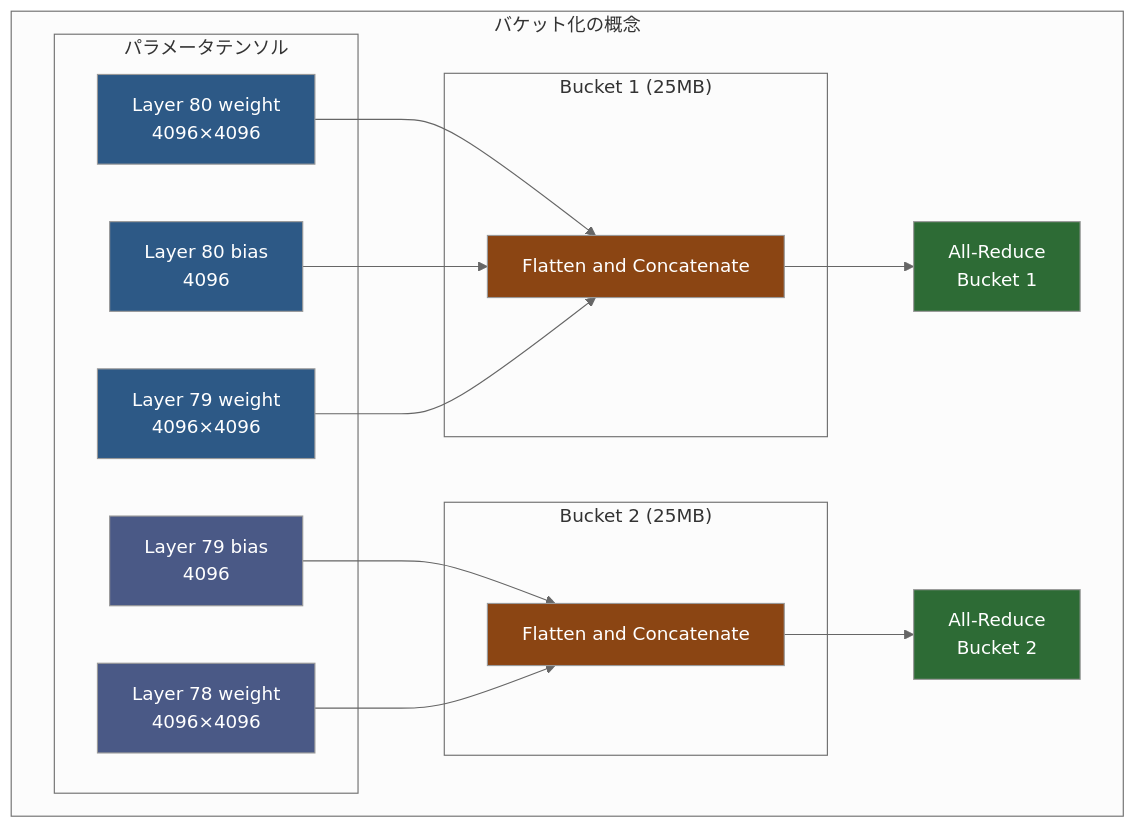
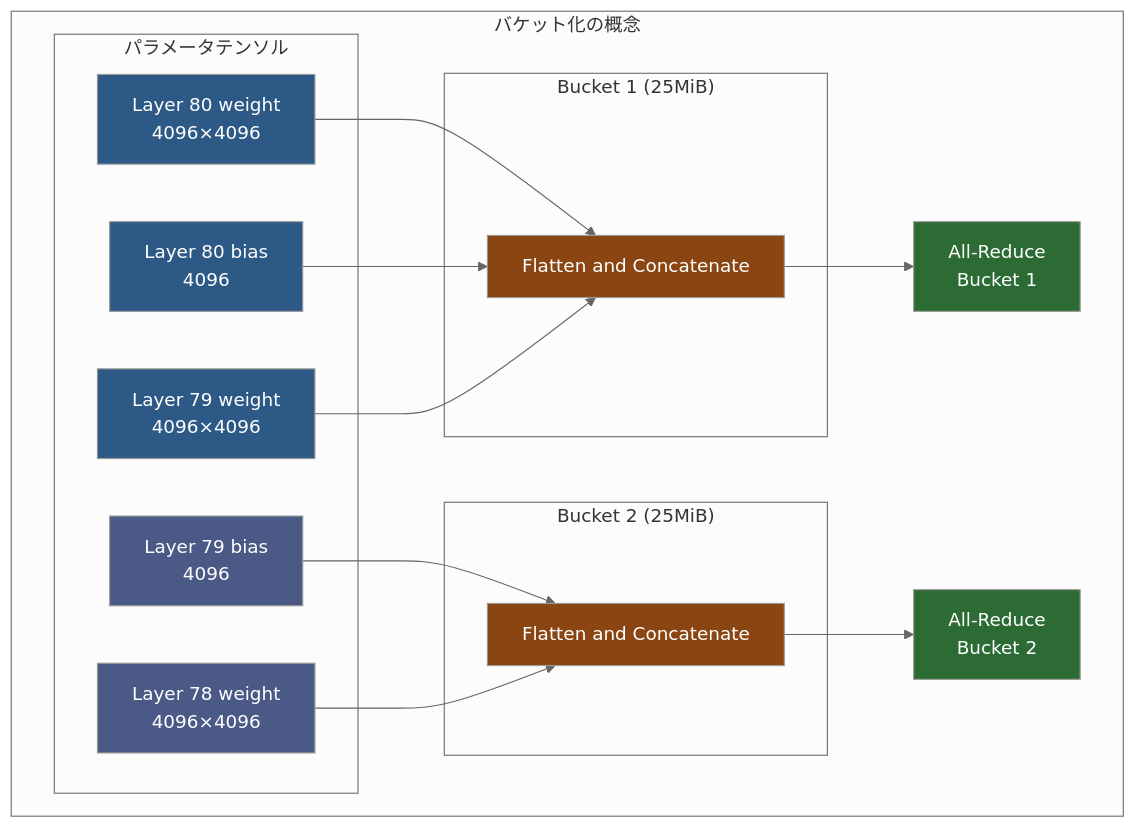
One commit to littlemex/zenn changed the third of 9 diagrams in books/ml-distributed-experiment-collection/amazon-sagemaker-hyperpod-slurm-ddp-on-cpu.md. Above: the diagram before and after it, drawn with Mermaid (neutral theme). The commit also changed other lines of this file and 2 other files, not shown here.

````diff
--- a/books/ml-distributed-experiment-collection/amazon-sagemaker-hyperpod-slurm-ddp-on-cpu.md
+++ b/books/ml-distributed-experiment-collection/amazon-sagemaker-hyperpod-slurm-ddp-on-cpu.md
@@ -173,36 +173,36 @@
 ```mermaid
 graph TB
     subgraph "バケット化の概念"
         subgraph "パラメータテンソル"
             P1[Layer 80 weight<br/>4096×4096]
             P2[Layer 80 bias<br/>4096]
             P3[Layer 79 weight<br/>4096×4096]
             P4[Layer 79 bias<br/>4096]
             P5[Layer 78 weight<br/>4096×4096]
         end
         
-        subgraph "Bucket 1 (25MB)"
+        subgraph "Bucket 1 (25MiB)"
             P1 --> B1[Flatten and Concatenate]
             P2 --> B1
             P3 --> B1
         end
         
-        subgraph "Bucket 2 (25MB)"
+        subgraph "Bucket 2 (25MiB)"
             P4 --> B2[Flatten and Concatenate]
             P5 --> B2
         end
         
         B1 --> AR1[All-Reduce<br/>Bucket 1]
         B2 --> AR2[All-Reduce<br/>Bucket 2]
     end
     
     style P1 fill:#2d5986,color:#fff
     style P2 fill:#2d5986,color:#fff
     style P3 fill:#2d5986,color:#fff
     style P4 fill:#4a5986,color:#fff
     style P5 fill:#4a5986,color:#fff
     style B1 fill:#8b4513,color:#fff
     style B2 fill:#8b4513,color:#fff
     style AR1 fill:#2d6b35,color:#fff
     style AR2 fill:#2d6b35,color:#fff
 ```
````
